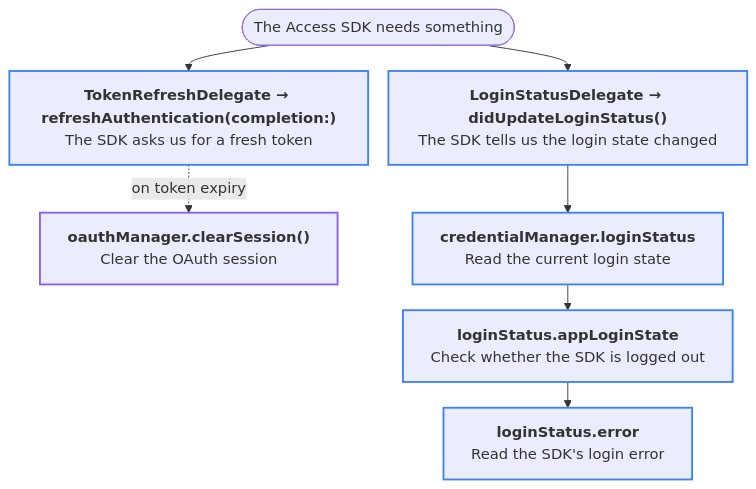
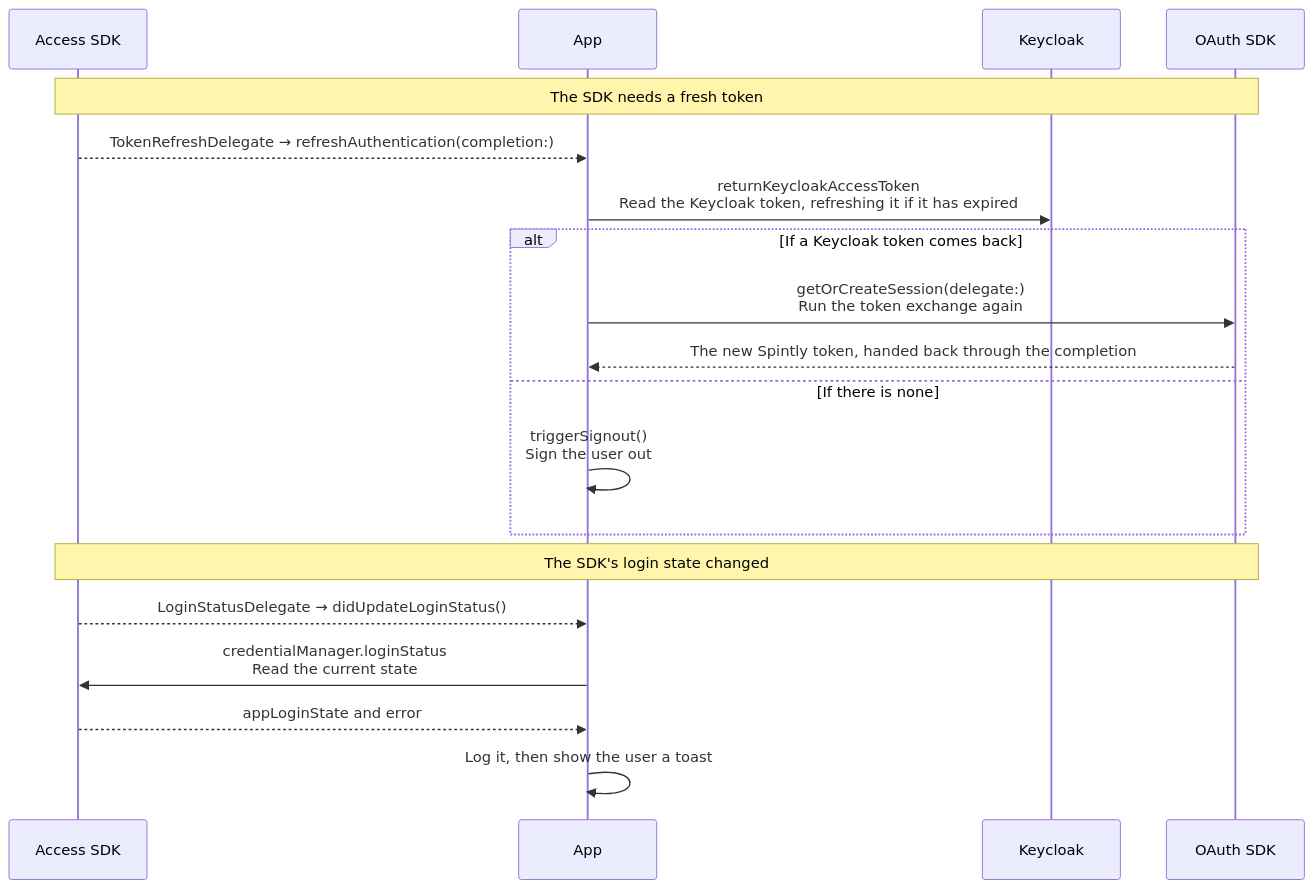
One commit to Yash-Wadatkar-Binaryveda/sdk-docs-site changed diagram 12 of 15 in docs/user-onboarding.md. Above: the diagram before and after it, drawn with Mermaid. The commit also changed other lines of this file and 7 other files, not shown here.

````diff
--- a/docs/user-onboarding.md
+++ b/docs/user-onboarding.md
@@ -234,16 +481,23 @@
     ```mermaid
-    %%{init:{"flowchart":{"wrappingWidth":330,"nodeSpacing":22,"rankSpacing":28}}}%%
-    flowchart TD
-        S(["The Access SDK needs something"]) --> T1 & L1
-        T1["<b>TokenRefreshDelegate → refreshAuthentication(completion:)</b><br/>The SDK asks us for a fresh token"]
-        T1 -.->|"on token expiry"| X["<b>oauthManager.clearSession()</b><br/>Clear the OAuth session"]
-        L1["<b>LoginStatusDelegate → didUpdateLoginStatus()</b><br/>The SDK tells us the login state changed"]
-        L1 --> L2["<b>credentialManager.loginStatus</b><br/>Read the current login state"]
-        L2 --> L3["<b>loginStatus.appLoginState</b><br/>Check whether the SDK is logged out"]
-        L3 --> L4["<b>loginStatus.error</b><br/>Read the SDK's login error"]
+    sequenceDiagram
+        participant S as Access SDK
+        participant A as App
+        participant K as Keycloak
+        participant O as OAuth SDK
 
-        classDef sdkOauth stroke:#8b5cf6,stroke-width:2px
-        classDef sdkAccess stroke:#3b82f6,stroke-width:2px
-        class X sdkOauth
-        class T1,L1,L2,L3,L4 sdkAccess
+        Note over S,O: The SDK needs a fresh token
+        S-->>A: TokenRefreshDelegate → refreshAuthentication(completion:)
+        A->>K: returnKeycloakAccessToken<br/>Read the Keycloak token, refreshing it if it has expired
+        alt If a Keycloak token comes back
+            A->>O: getOrCreateSession(delegate:)<br/>Run the token exchange again
+            O-->>A: The new Spintly token, handed back through the completion
+        else If there is none
+            A->>A: triggerSignout()<br/>Sign the user out
+        end
+
+        Note over S,O: The SDK's login state changed
+        S-->>A: LoginStatusDelegate → didUpdateLoginStatus()
+        A->>S: credentialManager.loginStatus<br/>Read the current state
+        S-->>A: appLoginState and error
+        A->>A: Log it, then show the user a toast
     ```
````
